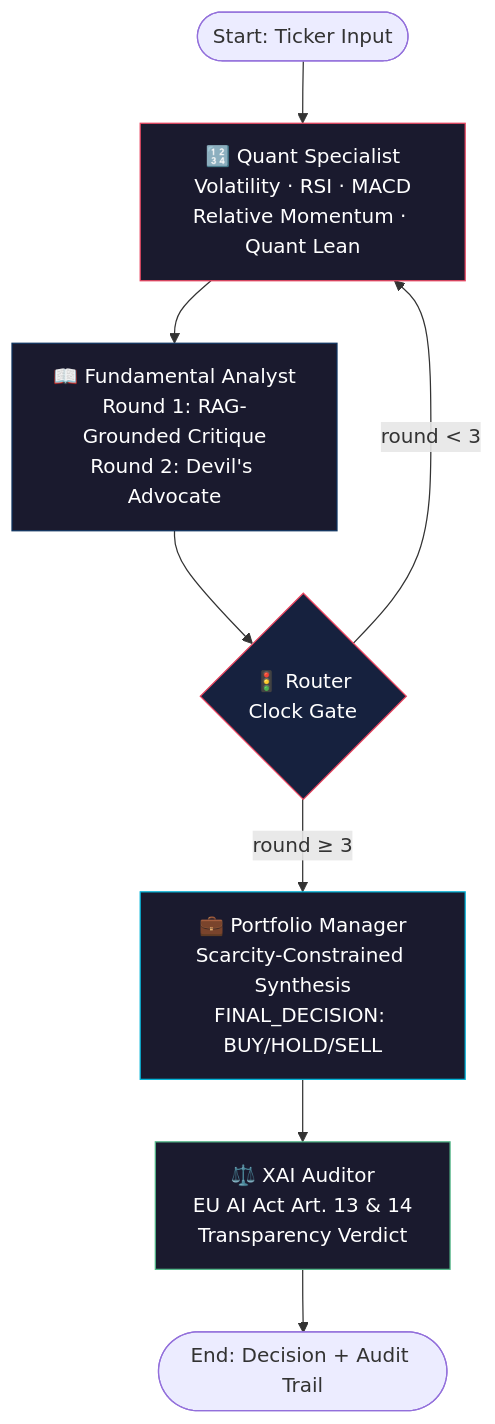
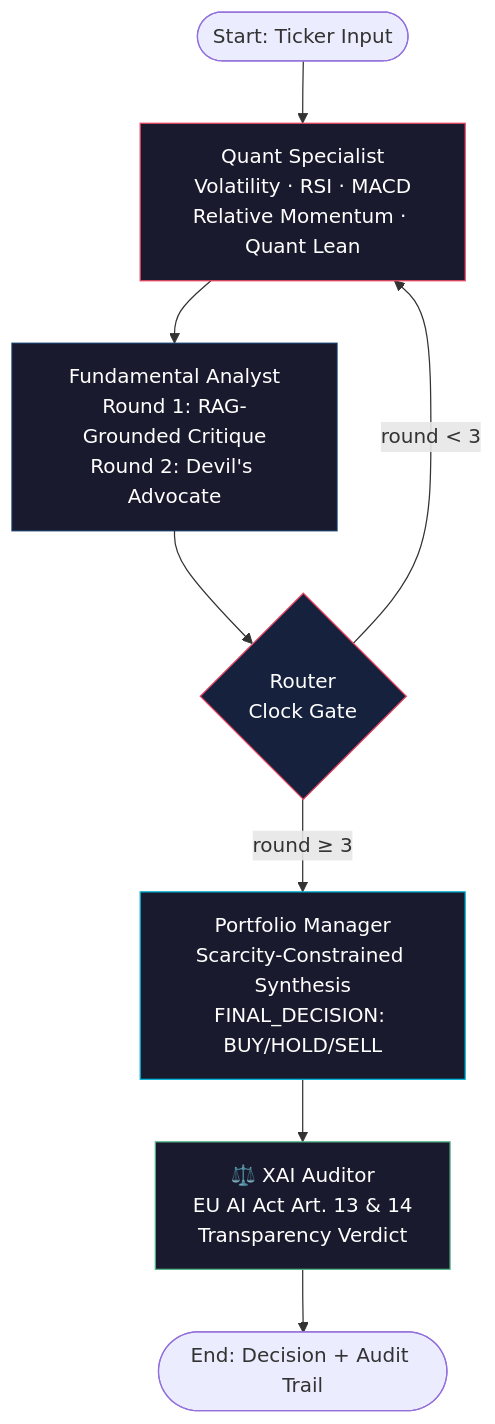
Before and after one commit to Pragyansh-V/alpha-agents-ftse100: the diagram in README.md, drawn with Mermaid.

Commit message:
update readme file

````diff
--- a/README.md
+++ b/README.md
@@ -31,16 +31,16 @@
 ```mermaid
 flowchart TD
-    START([Start: Ticker Input]) --> QS[🔢 Quant Specialist<br/>Volatility · RSI · MACD<br/>Relative Momentum · Quant Lean]
-    QS --> FA[📖 Fundamental Analyst<br/>Round 1: RAG-Grounded Critique<br/>Round 2: Devil's Advocate]
-    FA --> ROUTER{🚦 Router<br/>Clock Gate}
+    START([Start: Ticker Input]) --> QS[ Quant Specialist<br/>Volatility · RSI · MACD<br/>Relative Momentum · Quant Lean]
+    QS --> FA[ Fundamental Analyst<br/>Round 1: RAG-Grounded Critique<br/>Round 2: Devil's Advocate]
+    FA --> ROUTER{ Router<br/>Clock Gate}
     ROUTER -->|round < 3| QS
-    ROUTER -->|round ≥ 3| PM[💼 Portfolio Manager<br/>Scarcity-Constrained Synthesis<br/>FINAL_DECISION: BUY/HOLD/SELL]
+    ROUTER -->|round ≥ 3| PM[ Portfolio Manager<br/>Scarcity-Constrained Synthesis<br/>FINAL_DECISION: BUY/HOLD/SELL]
     PM --> XAI[⚖️ XAI Auditor<br/>EU AI Act Art. 13 & 14<br/>Transparency Verdict]
     XAI --> END([End: Decision + Audit Trail])
 
     style QS fill:#1a1a2e,stroke:#e94560,color:#fff
     style FA fill:#1a1a2e,stroke:#0f3460,color:#fff
     style ROUTER fill:#16213e,stroke:#e94560,color:#fff
     style PM fill:#1a1a2e,stroke:#00b4d8,color:#fff
     style XAI fill:#1a1a2e,stroke:#52b788,color:#fff
 ```
````
